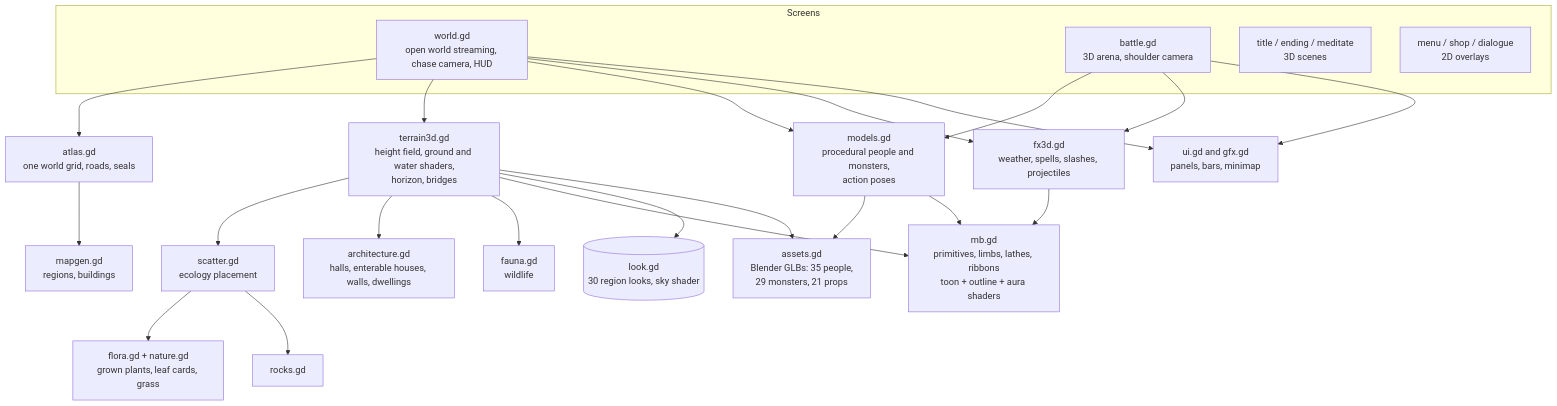
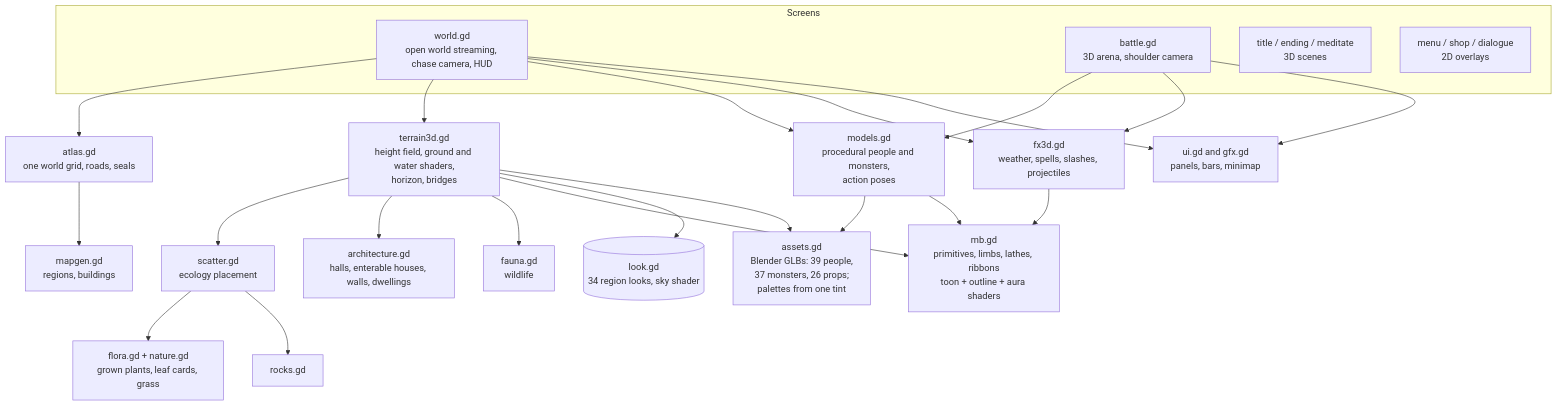
One commit to jgyy/timegox changed diagram 12 of 13 in README.md. Above: the diagram before and after it, drawn with Mermaid. The commit also changed other lines of this file and 251 other files, not shown here.

````diff
--- a/README.md
+++ b/README.md
@@ -498,29 +611,29 @@
 ```mermaid
 flowchart TD
     subgraph Screens
         W[world.gd<br/>open world streaming, chase camera, HUD]
         B[battle.gd<br/>3D arena, shoulder camera]
         T[title / ending / meditate<br/>3D scenes]
         M[menu / shop / dialogue<br/>2D overlays]
     end
     W --> ATL[atlas.gd<br/>one world grid, roads, seals]
     ATL --> MG2[mapgen.gd<br/>regions, buildings]
     W --> TER[terrain3d.gd<br/>height field, ground and water shaders,<br/>horizon, bridges]
     TER --> SC[scatter.gd<br/>ecology placement]
     SC --> FL[flora.gd + nature.gd<br/>grown plants, leaf cards, grass]
     SC --> RK[rocks.gd]
     TER --> ARC[architecture.gd<br/>halls, enterable houses, walls, dwellings]
     TER --> FA[fauna.gd<br/>wildlife]
     W --> MOD[models.gd<br/>procedural people and monsters,<br/>action poses]
-    MOD --> AS[assets.gd<br/>Blender GLBs: 35 people,<br/>29 monsters, 21 props]
+    MOD --> AS[assets.gd<br/>Blender GLBs: 39 people,<br/>37 monsters, 26 props;<br/>palettes from one tint]
     B --> MOD
     B --> FX[fx3d.gd<br/>weather, spells, slashes, projectiles]
     W --> FX
     TER --> MB[mb.gd<br/>primitives, limbs, lathes, ribbons<br/>toon + outline + aura shaders]
     MOD --> MB
     FX --> MB
-    TER --> LK[(look.gd<br/>30 region looks, sky shader)]
+    TER --> LK[(look.gd<br/>34 region looks, sky shader)]
     TER --> AS
     W --> UI[ui.gd and gfx.gd<br/>panels, bars, minimap]
     B --> UI
 ```
````
